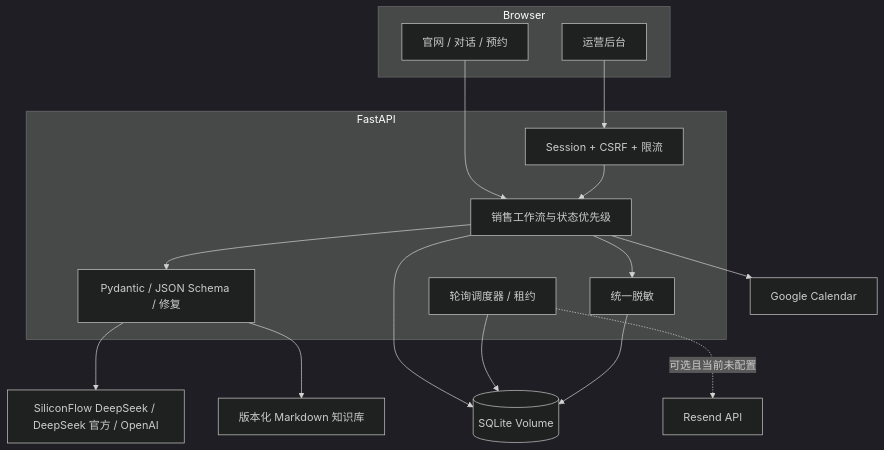
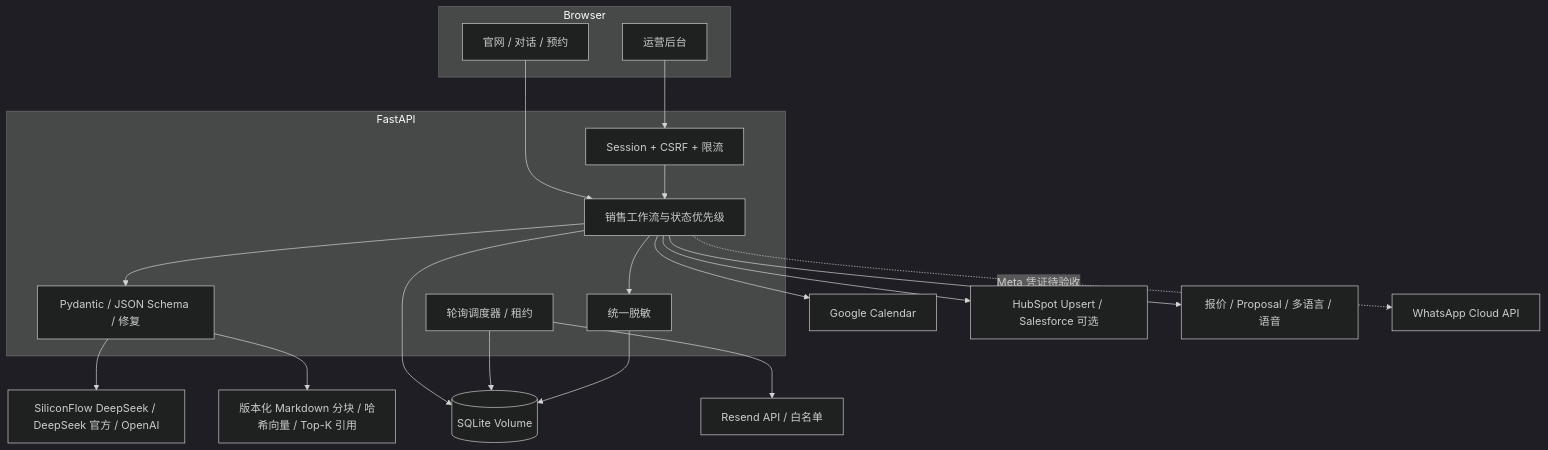
One commit to wuyuhang0519-cyber/julu-ai-sales-assistant changed the first of 6 diagrams in docs/architecture.md. Above: the diagram before and after it, drawn with Mermaid (dark theme). The commit also changed other lines of this file and 7 other files, not shown here.

````diff
--- a/docs/architecture.md
+++ b/docs/architecture.md
@@ -5,23 +5,26 @@
 ```mermaid
 flowchart TB
   subgraph Browser
     Public[官网 / 对话 / 预约]
     Admin[运营后台]
   end
   subgraph FastAPI
     Auth[Session + CSRF + 限流]
     Workflow[销售工作流与状态优先级]
     Validate[Pydantic / JSON Schema / 修复]
     Scheduler[轮询调度器 / 租约]
     Redactor[统一脱敏]
   end
   Public --> Workflow
   Admin --> Auth --> Workflow
   Workflow --> Validate --> AI[SiliconFlow DeepSeek / DeepSeek 官方 / OpenAI]
   Workflow --> Calendar[Google Calendar]
-  Scheduler -. 可选且当前未配置 .-> Resend[Resend API]
+  Scheduler --> Resend[Resend API / 白名单]
+  Workflow --> CRM[HubSpot Upsert / Salesforce 可选]
+  Workflow --> Bonus[报价 / Proposal / 多语言 / 语音]
+  Workflow -. Meta 凭证待验收 .-> WhatsApp[WhatsApp Cloud API]
   Workflow --> SQLite[(SQLite Volume)]
   Scheduler --> SQLite
   Workflow --> Redactor --> SQLite
-  Validate --> KB[版本化 Markdown 知识库]
+  Validate --> KB[版本化 Markdown 分块 / 哈希向量 / Top-K 引用]
 ```
````
